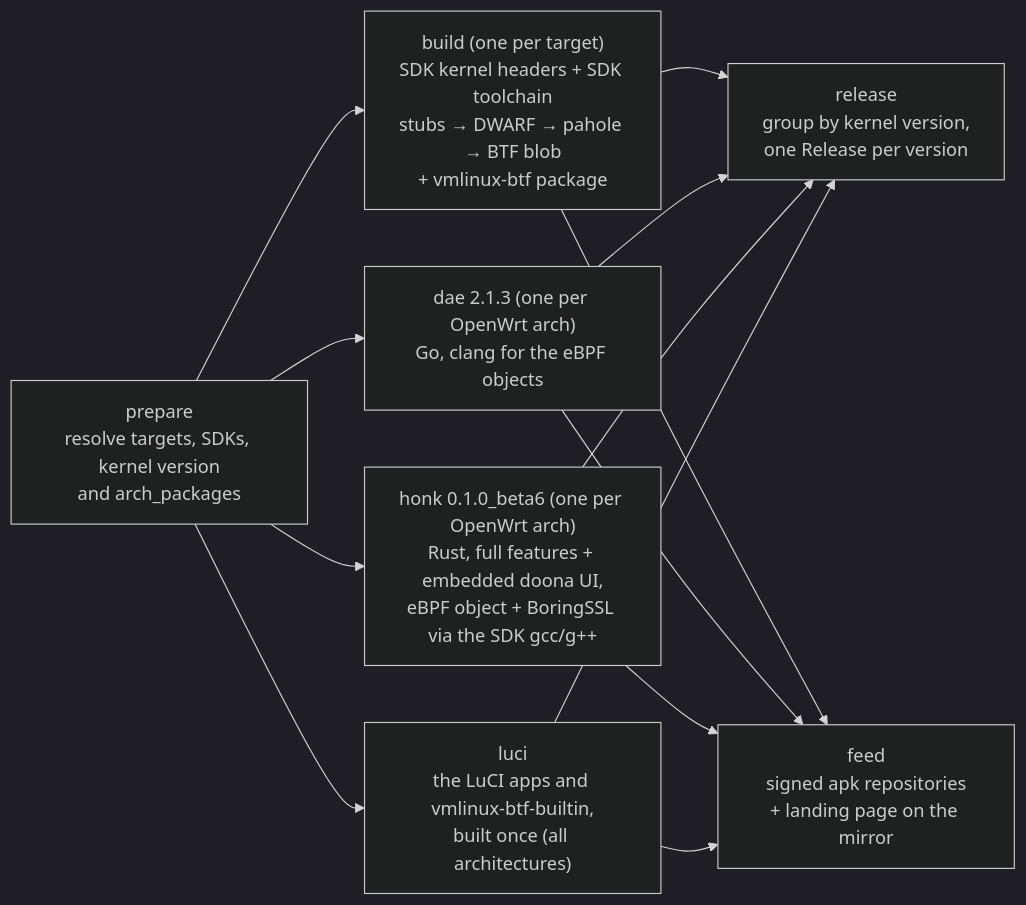
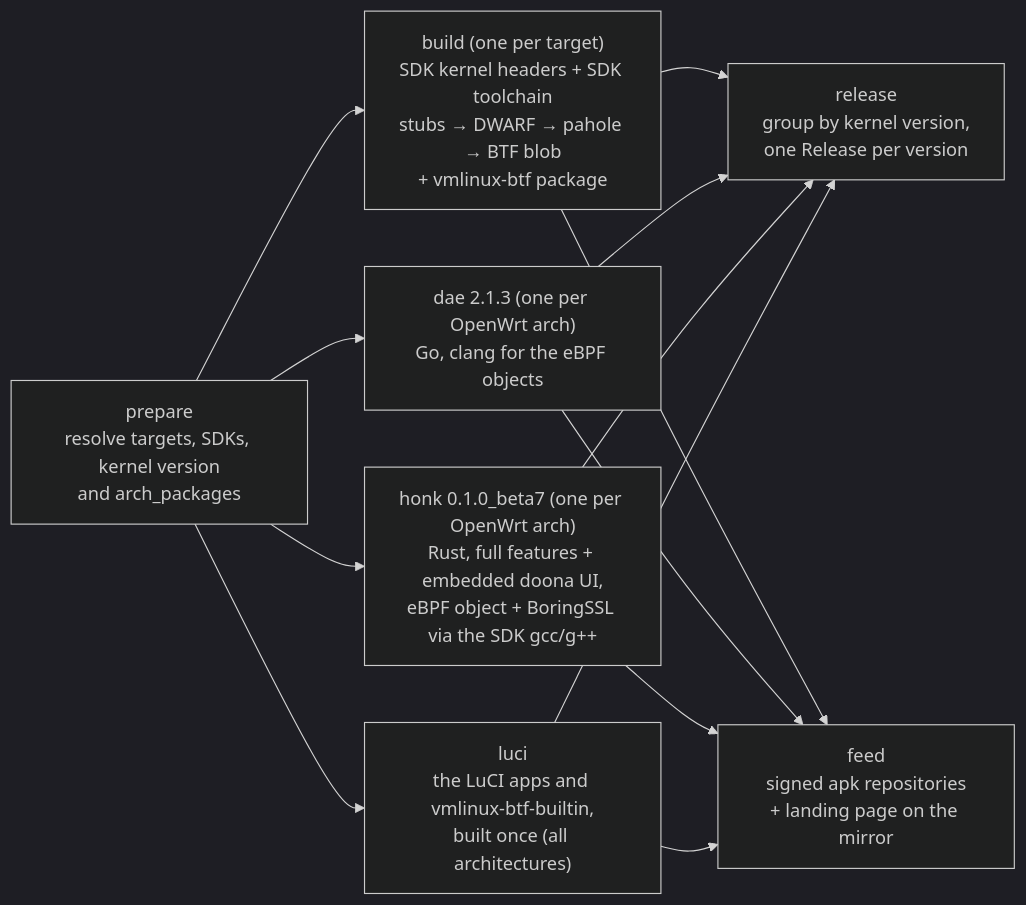
One commit to daeuniverse/openwrt-packages changed the diagram in README.md. Above: the diagram before and after it, drawn with Mermaid (dark theme). The commit also changed other lines of this file and 3 other files, not shown here.

Commit message:
build(honk): move to v0.1.0-beta.7 (#32)

````diff
--- a/README.md
+++ b/README.md
@@ -460,22 +460,22 @@
 ```mermaid
 flowchart LR
   P["prepare<br/>resolve targets, SDKs, kernel version<br/>and arch_packages"]
   K["build (one per target)<br/>SDK kernel headers + SDK toolchain<br/>stubs → DWARF → pahole → BTF blob<br/>+ vmlinux-btf package"]
   D["dae 2.1.3 (one per OpenWrt arch)<br/>Go, clang for the eBPF objects"]
-  H["honk 0.1.0_beta6 (one per OpenWrt arch)<br/>Rust, full features + embedded doona UI,<br/>eBPF object + BoringSSL via the SDK gcc/g++"]
+  H["honk 0.1.0_beta7 (one per OpenWrt arch)<br/>Rust, full features + embedded doona UI,<br/>eBPF object + BoringSSL via the SDK gcc/g++"]
   L["luci<br/>the LuCI apps and vmlinux-btf-builtin,<br/>built once (all architectures)"]
   R["release<br/>group by kernel version,<br/>one Release per version"]
   F["feed<br/>signed apk repositories<br/>+ landing page on the mirror"]
   P --> K
   P --> D
   P --> H
   P --> L
   K --> R
   D --> R
   H --> R
   L --> R
   K --> F
   D --> F
   H --> F
   L --> F
 ```
````
